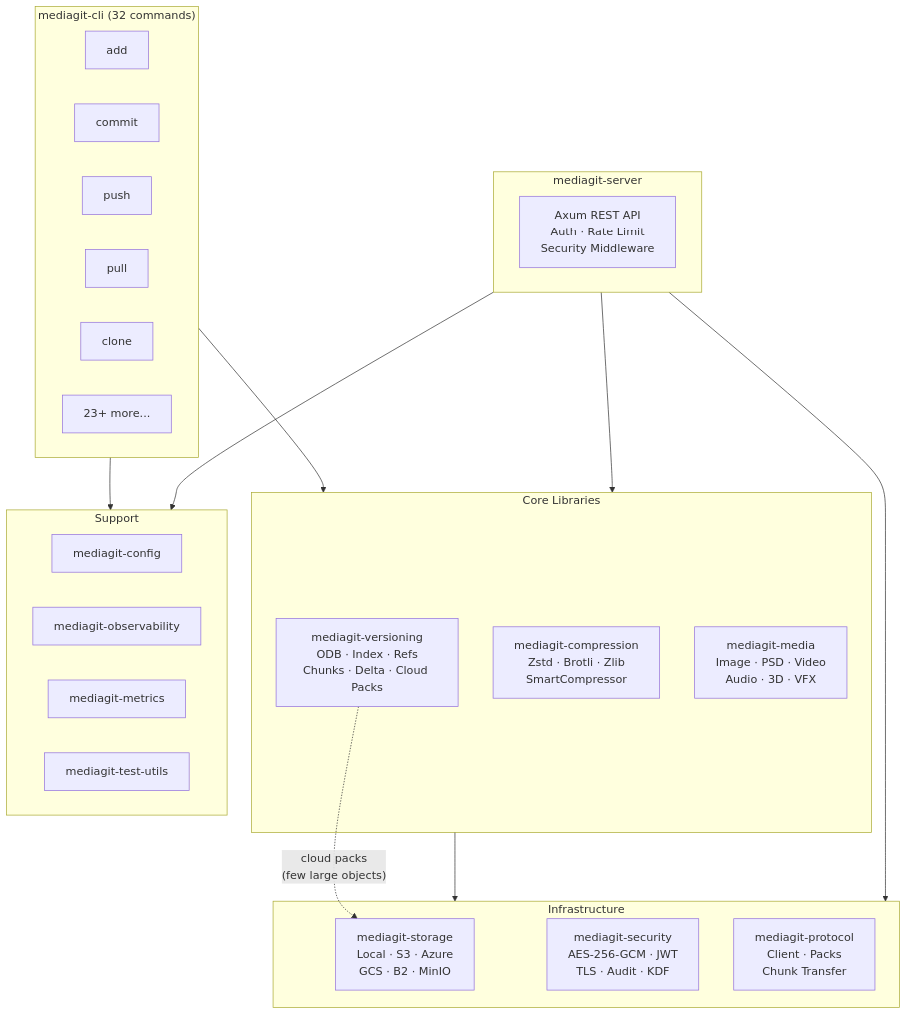
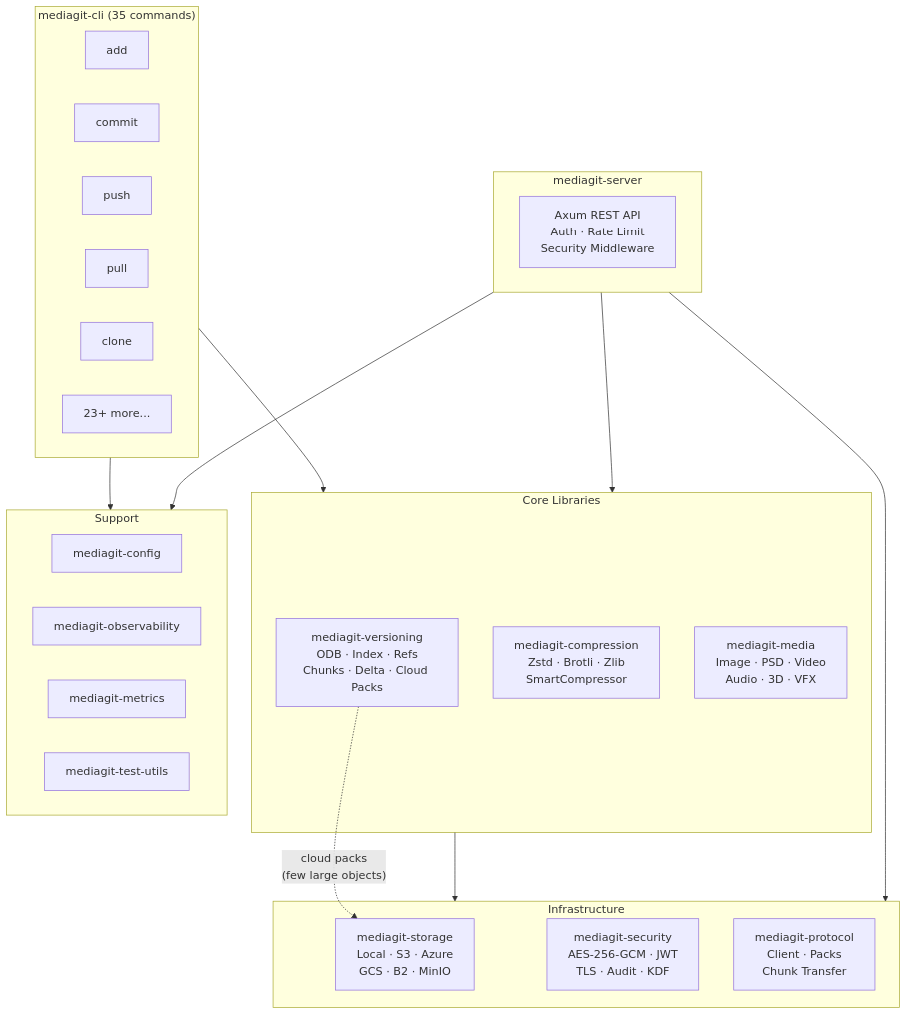
The first of 2 diagrams in book/src/architecture/README.md (winnyboy5/mediagit-core), drawn with Mermaid before and after one commit. The commit also changed other lines of this file and 65 other files, not shown here.

````diff
--- a/book/src/architecture/README.md
+++ b/book/src/architecture/README.md
@@ -7,42 +7,42 @@
 ```mermaid
 graph TD
-    subgraph CLI["mediagit-cli (32 commands)"]
+    subgraph CLI["mediagit-cli (35 commands)"]
         ADD["add"]
         COMMIT["commit"]
         PUSH["push"]
         PULL["pull"]
         CLONE["clone"]
         OTHER["23+ more..."]
     end
 
     subgraph Core["Core Libraries"]
         VER["mediagit-versioning<br/>ODB · Index · Refs<br/>Chunks · Delta · Cloud Packs"]
         COMP["mediagit-compression<br/>Zstd · Brotli · Zlib<br/>SmartCompressor"]
         MEDIA["mediagit-media<br/>Image · PSD · Video<br/>Audio · 3D · VFX"]
     end
 
     subgraph Infra["Infrastructure"]
         STORE["mediagit-storage<br/>Local · S3 · Azure<br/>GCS · B2 · MinIO"]
         SEC["mediagit-security<br/>AES-256-GCM · JWT<br/>TLS · Audit · KDF"]
         PROTO["mediagit-protocol<br/>Client · Packs<br/>Chunk Transfer"]
     end
 
     subgraph Support["Support"]
         CFG["mediagit-config"]
         OBS["mediagit-observability"]
         MET["mediagit-metrics"]
         TEST["mediagit-test-utils"]
     end
 
     subgraph Server["mediagit-server"]
         AXUM["Axum REST API<br/>Auth · Rate Limit<br/>Security Middleware"]
     end
 
     CLI --> Core
     Core --> Infra
     Server --> Core
     Server --> Infra
     CLI --> Support
     Server --> Support
     VER -.->|"cloud packs<br/>(few large objects)"| STORE
 ```
````
